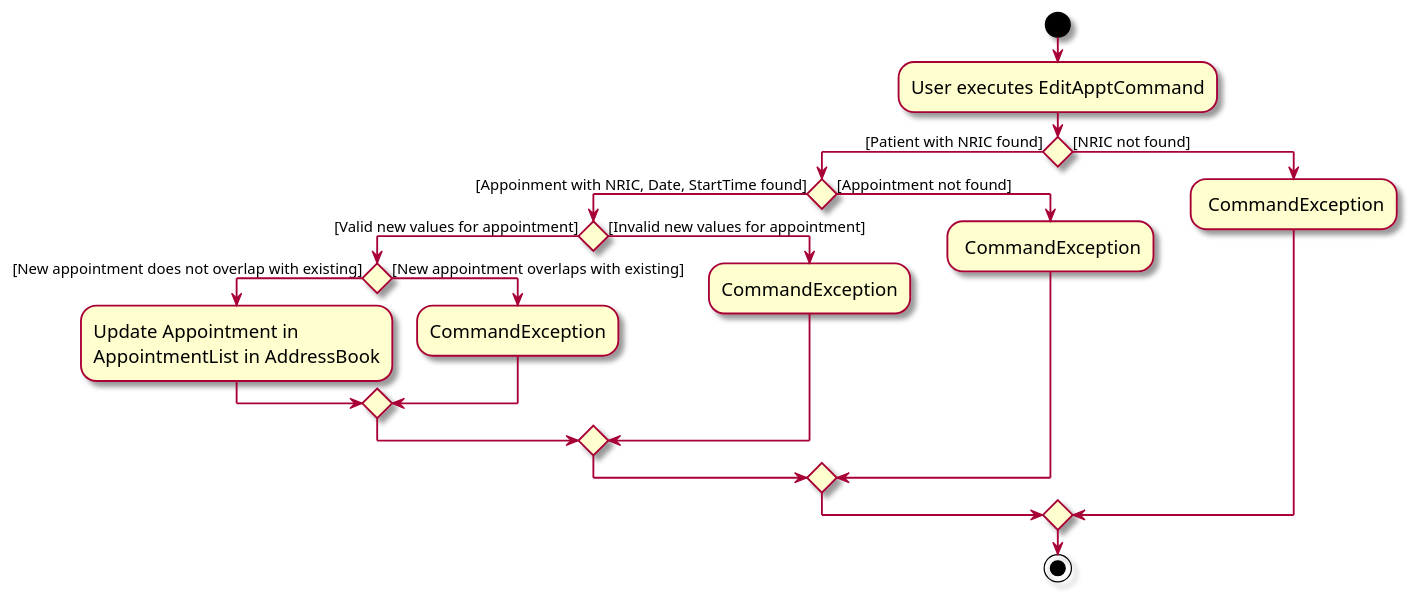
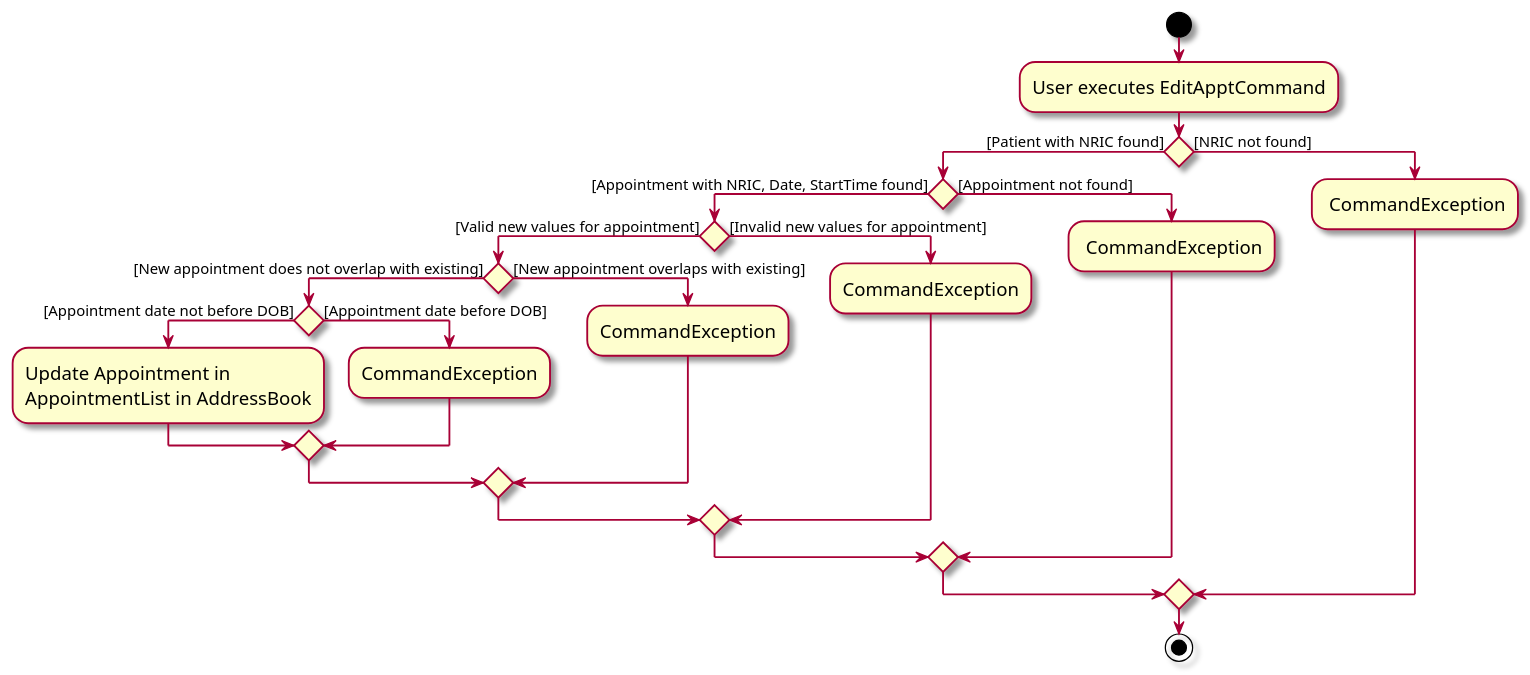
One commit to AY2324S2-CS2103T-F10-3/tp changed the diagram in docs/diagrams/EditApptActivityDiagram.puml. Above: the diagram before and after it, drawn with PlantUML. The commit also changed 6 other files, not shown here.

Commit message:
Standardise diagrams in DG

```diff
--- a/docs/diagrams/EditApptActivityDiagram.puml
+++ b/docs/diagrams/EditApptActivityDiagram.puml
@@ -1,27 +1,31 @@
 @startuml
 skin rose
 skinparam ActivityFontSize 15
 skinparam ArrowFontSize 12
 start
 :User executes EditApptCommand;
 
 if () then ([Patient with NRIC found])
-    if () then ([Appoinment with NRIC, Date, StartTime found])
+    if () then ([Appointment with NRIC, Date, StartTime found])
         if () then ([Valid new values for appointment])
             if () then ([New appointment does not overlap with existing])
-                :Update Appointment in
-                AppointmentList in AddressBook;
+                if () then ([Appointment date not before DOB])
+                    :Update Appointment in
+                    AppointmentList in AddressBook;
+                else ([Appointment date before DOB])
+                    :CommandException;
+                endif
             else ([New appointment overlaps with existing])
                 :CommandException;
             endif
         else ([Invalid new values for appointment])
             :CommandException;
         endif
     else ([Appointment not found])
         : CommandException;
     endif
 else ([NRIC not found])
     : CommandException;
 endif
 stop
 @enduml
```
